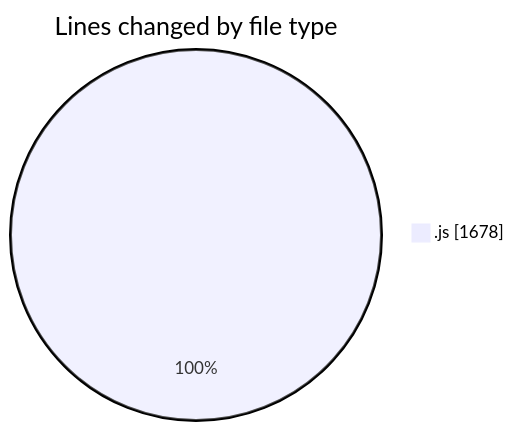
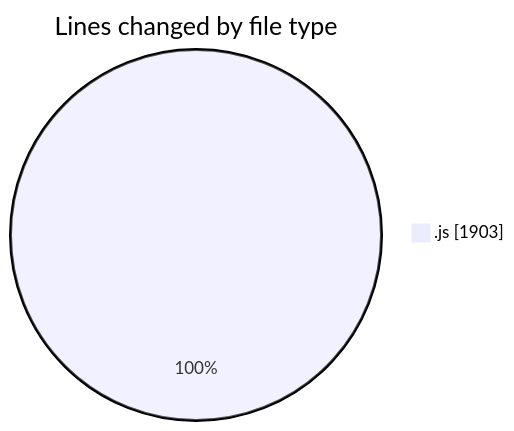
The first of 2 diagrams in 2025-07-29/javascript/README.md (Ritupan-Deka/code-tracking), drawn with Mermaid before and after one commit. The commit also changed other lines of this file and 1 other file, not shown here.

````diff
--- a/2025-07-29/javascript/README.md
+++ b/2025-07-29/javascript/README.md
@@ -21,5 +21,5 @@
 ```mermaid
 pie showData
 title Lines changed by file type
-".js" : 1678
+".js" : 1903
 ```
````
